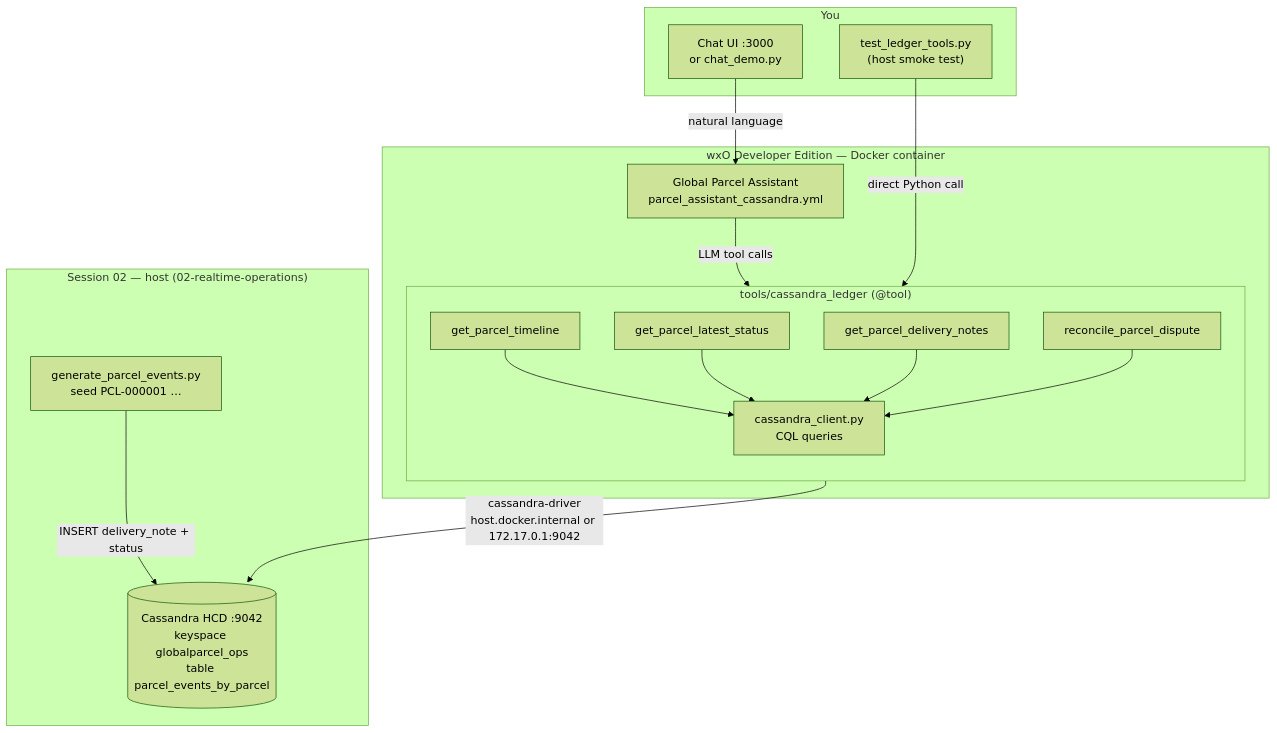
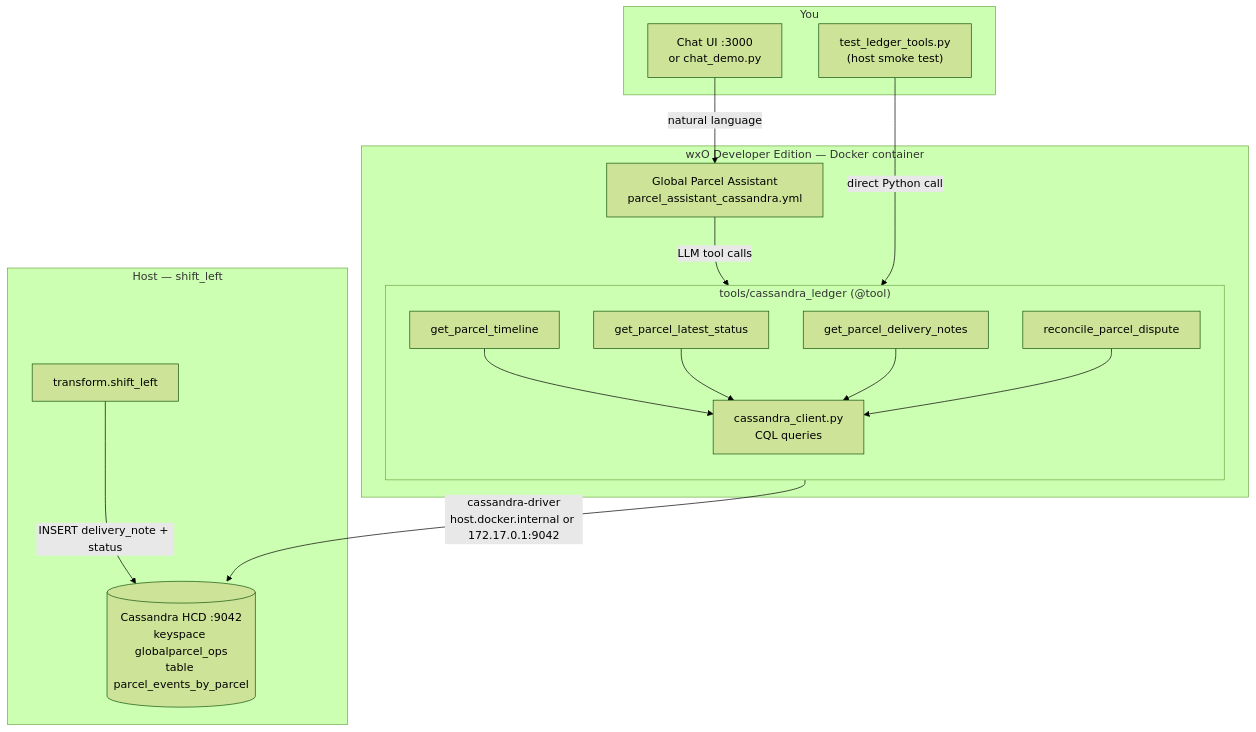
One commit to michelderu/wxd-globalparcel-demo changed the first of 3 diagrams in 04-accelerate-ai/README.md. Above: the diagram before and after it, drawn with Mermaid (forest theme). The commit also changed other lines of this file and 84 other files, not shown here.

````diff
--- a/04-accelerate-ai/README.md
+++ b/04-accelerate-ai/README.md
@@ -178,31 +178,31 @@
 ```mermaid
 flowchart TB
-    subgraph S02["Session 02 — host (02-realtime-operations)"]
-        GEN["generate_parcel_events.py\nseed PCL-000001 …"]
+    subgraph Capture["Host — shift_left"]
+        T["transform.shift_left"]
         CASS[("Cassandra HCD :9042\nkeyspace globalparcel_ops\ntable parcel_events_by_parcel")]
-        GEN -->|"INSERT delivery_note + status"| CASS
+        T -->|"INSERT delivery_note + status"| CASS
     end
 
     subgraph WXO["wxO Developer Edition — Docker container"]
         AGENT["Global Parcel Assistant\nparcel_assistant_cassandra.yml"]
         subgraph TOOLS["tools/cassandra_ledger (@tool)"]
             direction TB
             T1["get_parcel_timeline"]
             T2["get_parcel_latest_status"]
             T3["get_parcel_delivery_notes"]
             T4["reconcile_parcel_dispute"]
             CC["cassandra_client.py\nCQL queries"]
             T1 & T2 & T3 & T4 --> CC
         end
         AGENT -->|"LLM tool calls"| TOOLS
     end
 
     subgraph UX["You"]
         CHAT["Chat UI :3000\nor chat_demo.py"]
         SMOKE["test_ledger_tools.py\n(host smoke test)"]
     end
 
     CHAT -->|"natural language"| AGENT
     SMOKE -->|"direct Python call"| TOOLS
     CC -->|"cassandra-driver\nhost.docker.internal or 172.17.0.1:9042"| CASS
 ```
````
